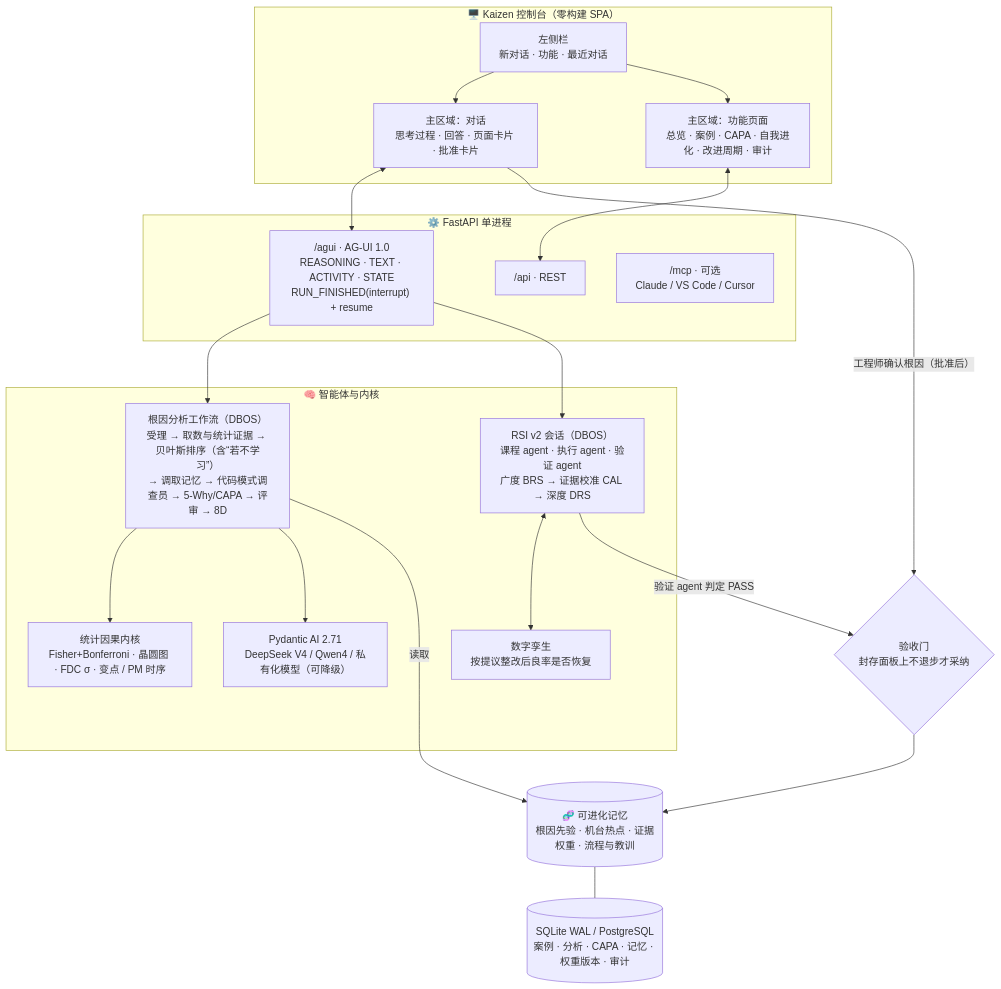
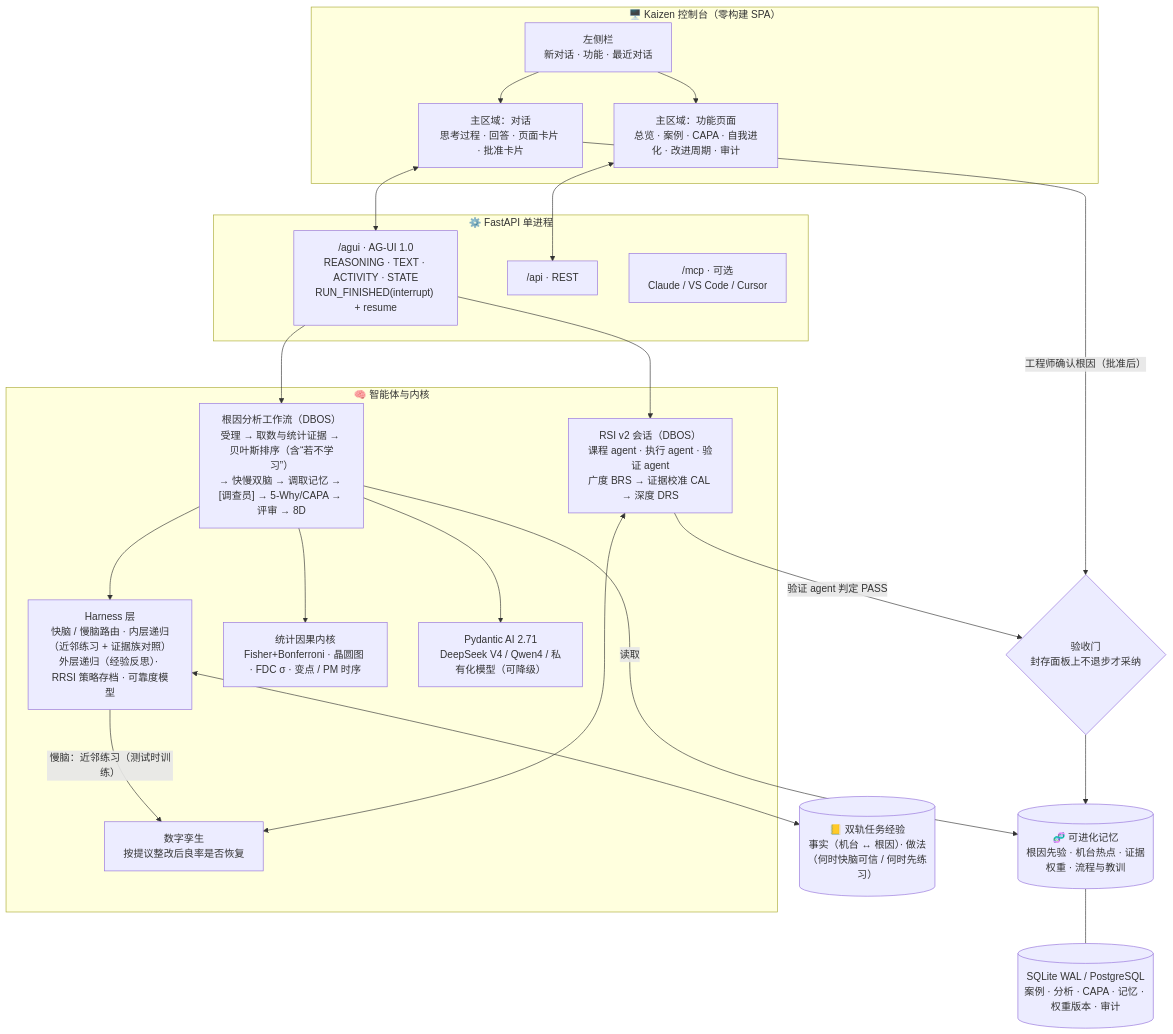
One commit to Gaogxx/Industry_RSI changed the first of 2 diagrams in README.md. Above: the diagram before and after it, drawn with Mermaid. The commit also changed other lines of this file and 36 other files, not shown here.

````diff
--- a/README.md
+++ b/README.md
@@ -79,38 +85,43 @@
 ```mermaid
 flowchart TB
     subgraph UI["🖥️ Kaizen 控制台（零构建 SPA）"]
         SB["左侧栏<br/>新对话 · 功能 · 最近对话"]
         CHAT["主区域：对话<br/>思考过程 · 回答 · 页面卡片 · 批准卡片"]
         PAGE["主区域：功能页面<br/>总览 · 案例 · CAPA · 自我进化 · 改进周期 · 审计"]
     end
 
     subgraph API["⚙️ FastAPI 单进程"]
         AGUI["/agui · AG-UI 1.0<br/>REASONING · TEXT · ACTIVITY · STATE<br/>RUN_FINISHED(interrupt) + resume"]
         REST["/api · REST"]
         MCP["/mcp · 可选<br/>Claude / VS Code / Cursor"]
     end
 
     subgraph CORE["🧠 智能体与内核"]
-        RCA["根因分析工作流（DBOS）<br/>受理 → 取数与统计证据 → 贝叶斯排序（含“若不学习”）<br/>→ 调取记忆 → 代码模式调查员 → 5-Why/CAPA → 评审 → 8D"]
+        RCA["根因分析工作流（DBOS）<br/>受理 → 取数与统计证据 → 贝叶斯排序（含“若不学习”）<br/>→ 快慢双脑 → 调取记忆 → [调查员] → 5-Why/CAPA → 评审 → 8D"]
+        HZ["Harness 层<br/>快脑 / 慢脑路由 · 内层递归（近邻练习 + 证据族对照）<br/>外层递归（经验反思）· RRSI 策略存档 · 可靠度模型"]
         STAT["统计因果内核<br/>Fisher+Bonferroni · 晶圆图 · FDC σ · 变点 / PM 时序"]
         LLM["Pydantic AI 2.71<br/>DeepSeek V4 / Qwen4 / 私有化模型（可降级）"]
         RSI["RSI v2 会话（DBOS）<br/>课程 agent · 执行 agent · 验证 agent<br/>广度 BRS → 证据校准 CAL → 深度 DRS"]
         TWIN["数字孪生<br/>按提议整改后良率是否恢复"]
     end
 
     MEM[("🧬 可进化记忆<br/>根因先验 · 机台热点 · 证据权重 · 流程与教训")]
+    EXP[("📒 双轨任务经验<br/>事实（机台 ↔ 根因）· 做法（何时快脑可信 / 何时先练习）")]
     GATE{"验收门<br/>封存面板上不退步才采纳"}
     DB[("SQLite WAL / PostgreSQL<br/>案例 · 分析 · CAPA · 记忆 · 权重版本 · 审计")]
 
     SB --> CHAT & PAGE
     CHAT <--> AGUI
     PAGE <--> REST
     AGUI --> RCA & RSI
     RCA --> STAT & LLM
+    RCA --> HZ
+    HZ -- "慢脑：近邻练习（测试时训练）" --> TWIN
+    HZ <--> EXP
     RCA -- 读取 --> MEM
     RSI <--> TWIN
     CHAT -- "工程师确认根因（批准后）" --> GATE
     RSI -- "验证 agent 判定 PASS" --> GATE
     GATE --> MEM
     MEM --- DB
 ```
````
